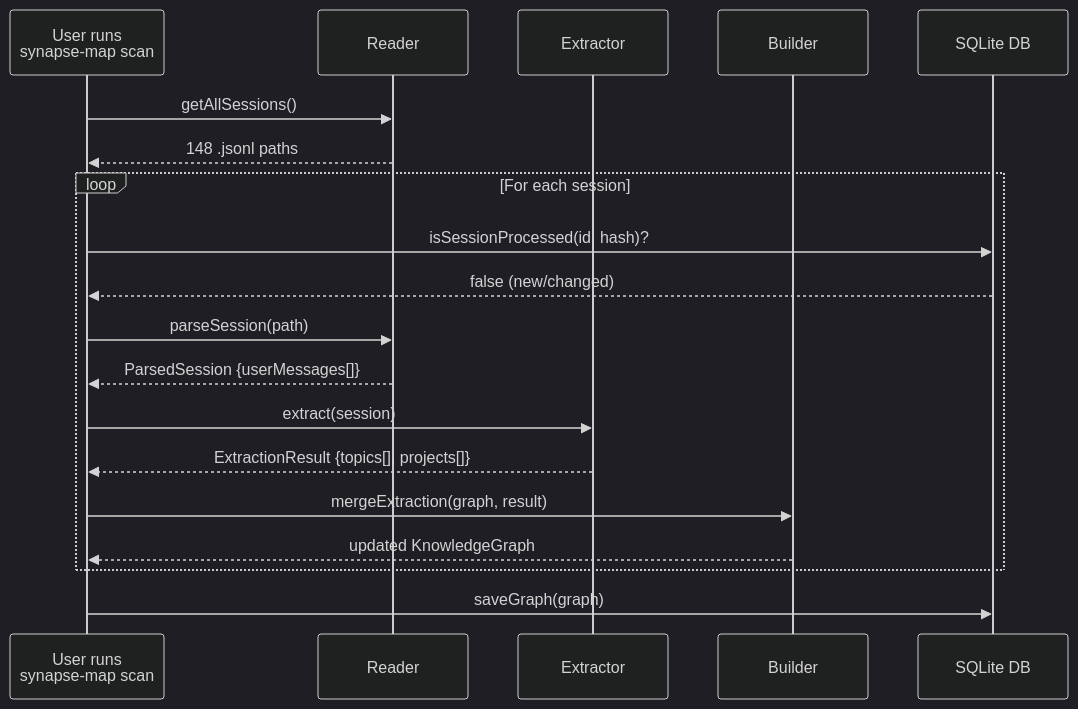
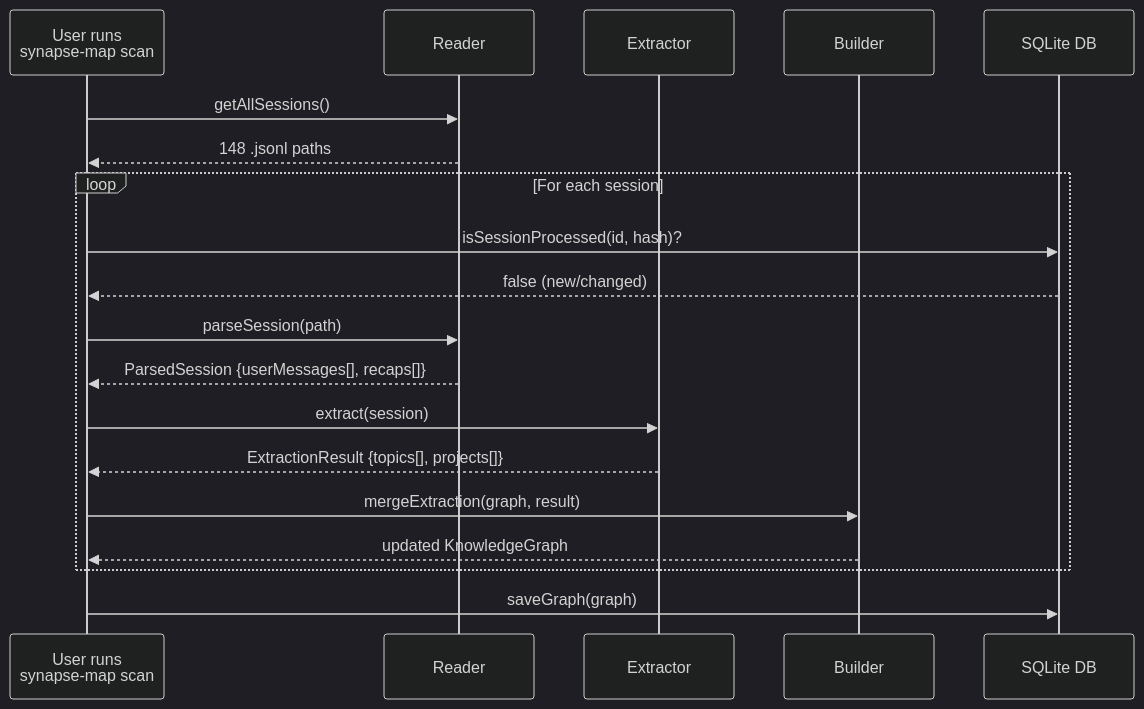
The second of 4 diagrams in docs/ARCHITECTURE.md (ZhannaM85/synapse-map), drawn with Mermaid (dark theme) before and after one commit. The commit also changed other lines of this file and 1 other file, not shown here.

Commit message:
docs: mark #42 as done and update ARCHITECTURE.md for recap extraction

````diff
--- a/docs/ARCHITECTURE.md
+++ b/docs/ARCHITECTURE.md
@@ -44,24 +44,24 @@
 ```mermaid
 sequenceDiagram
     participant U as User runs<br/>synapse-map scan
     participant R as Reader
     participant E as Extractor
     participant B as Builder
     participant S as SQLite DB
 
     U->>R: getAllSessions()
     R-->>U: 148 .jsonl paths
 
     loop For each session
         U->>S: isSessionProcessed(id, hash)?
         S-->>U: false (new/changed)
         U->>R: parseSession(path)
-        R-->>U: ParsedSession {userMessages[]}
+        R-->>U: ParsedSession {userMessages[], recaps[]}
         U->>E: extract(session)
         E-->>U: ExtractionResult {topics[], projects[]}
         U->>B: mergeExtraction(graph, result)
         B-->>U: updated KnowledgeGraph
     end
 
     U->>S: saveGraph(graph)
 ```
````
